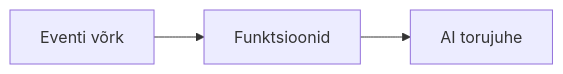
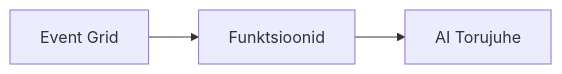
One commit to microsoft/AZD-for-beginners changed the second of 2 diagrams in translations/et/docs/chapter-08-production/README.md. Above: the diagram before and after it, drawn with Mermaid. The commit also changed other lines of this file and 101 other files, not shown here.

````diff
--- a/translations/et/docs/chapter-08-production/README.md
+++ b/translations/et/docs/chapter-08-production/README.md
@@ -54,4 +56,4 @@
 ```mermaid
 graph LR
-    EventGrid[Eventi võrk] --> Functions[Funktsioonid] --> Pipeline[AI torujuhe]
+    EventGrid[Event Grid] --> Functions[Funktsioonid] --> Pipeline[AI Torujuhe]
 ```
````
